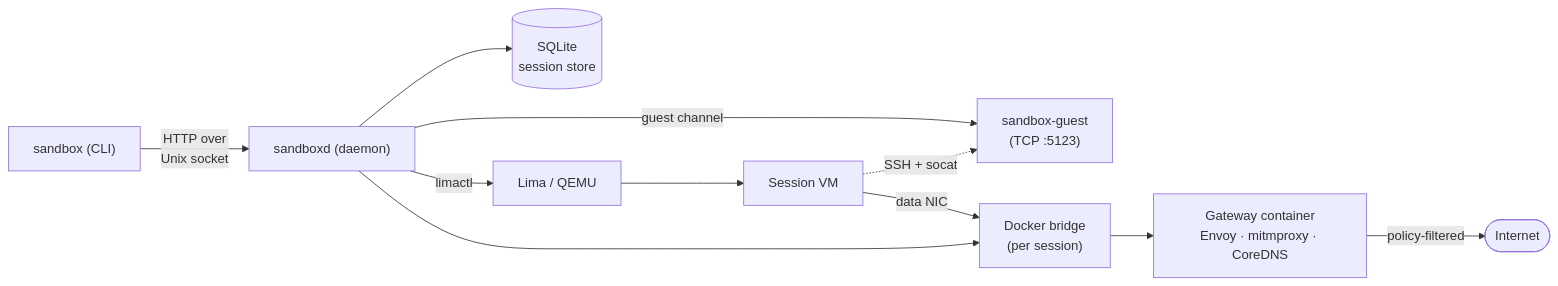
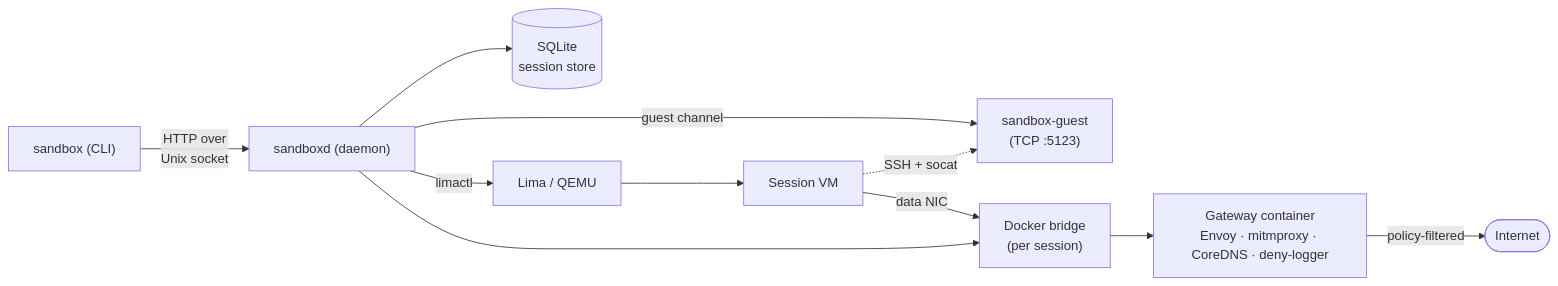
Before and after one commit to Koriit/sandboxd: the diagram in docs/concepts/architecture.md, drawn with Mermaid. The commit also changed other lines of this file and 2 other files, not shown here.

First line of the commit message:
docs(concepts): reflect L3 port-explicit, deny-logger, and event bus

````diff
--- a/docs/concepts/architecture.md
+++ b/docs/concepts/architecture.md
@@ -10,23 +10,23 @@
 ```mermaid
 flowchart LR
     CLI["sandbox (CLI)"]
     Daemon["sandboxd (daemon)"]
     Store[("SQLite<br/>session store")]
     Lima["Lima / QEMU"]
     VM["Session VM"]
     Guest["sandbox-guest<br/>(TCP :5123)"]
     Bridge["Docker bridge<br/>(per session)"]
-    Gateway["Gateway container<br/>Envoy · mitmproxy · CoreDNS"]
+    Gateway["Gateway container<br/>Envoy · mitmproxy · CoreDNS · deny-logger"]
     Internet(["Internet"])
 
     CLI -- "HTTP over<br/>Unix socket" --> Daemon
     Daemon --> Store
     Daemon -- "limactl" --> Lima
     Lima --> VM
     VM -. "SSH + socat" .-> Guest
     Daemon -- "guest channel" --> Guest
     Daemon --> Bridge
     Bridge --> Gateway
     VM -- "data NIC" --> Bridge
     Gateway -- "policy-filtered" --> Internet
 ```
````
